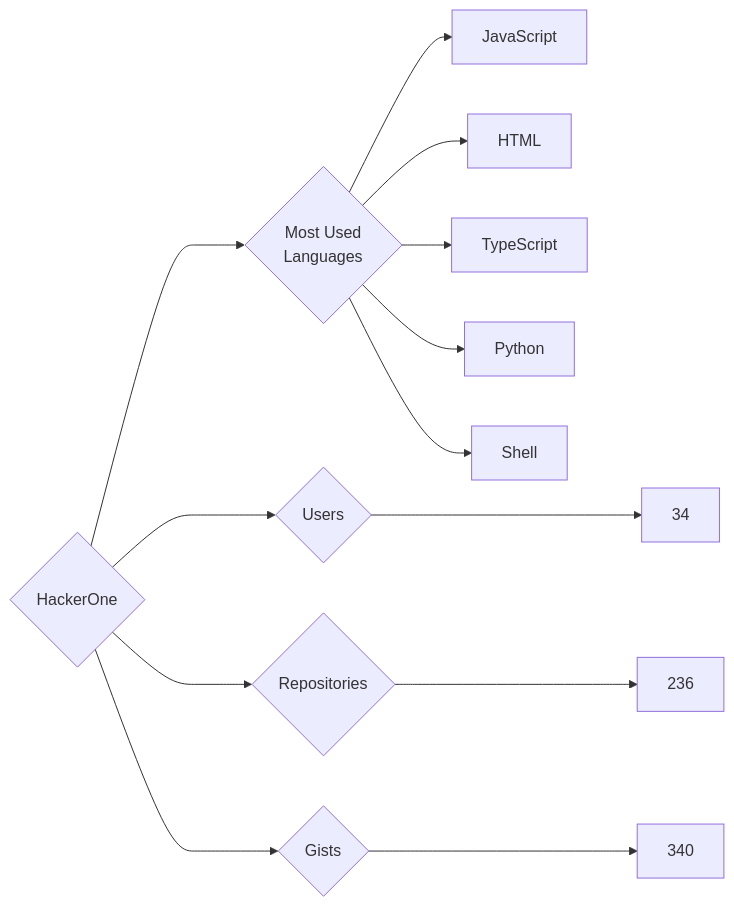
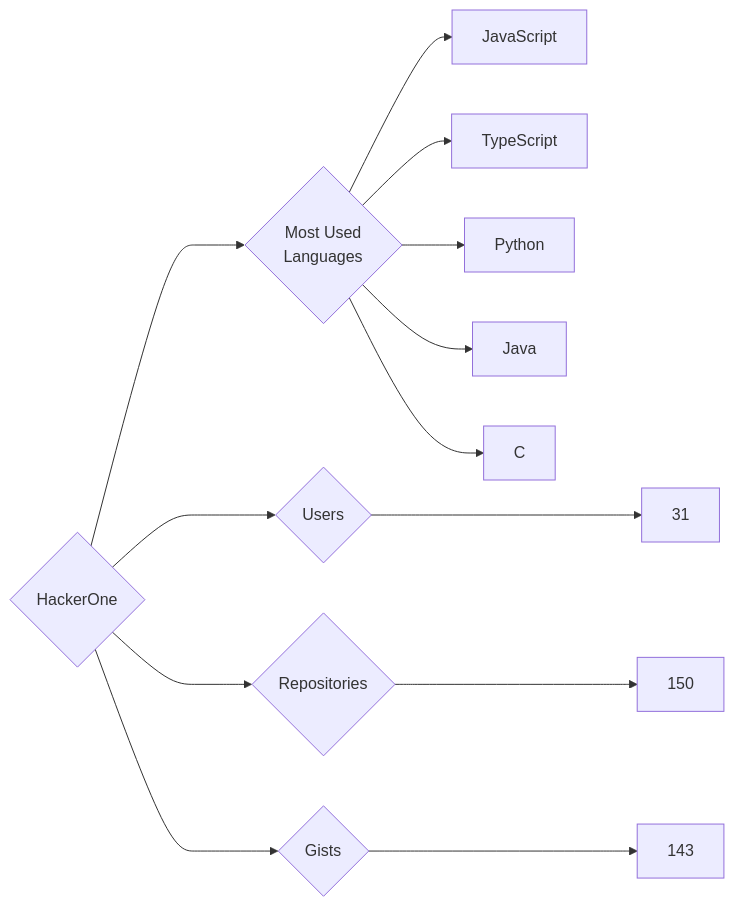
Before and after one commit to trickest/insiders: the diagram in targets/HackerOne/README.md, drawn with Mermaid. The commit also changed 715 other files, not shown here.

````diff
--- a/targets/HackerOne/README.md
+++ b/targets/HackerOne/README.md
@@ -3,13 +3,13 @@
 ```mermaid
 graph LR
 COMPANY_NAME{HackerOne}
-COMPANY_NAME ---> U{Users} ---> UN[34]
-COMPANY_NAME ---> R{Repositories} ---> RN[236]
-COMPANY_NAME ---> G{Gists} ---> GN[340]
+COMPANY_NAME ---> U{Users} ---> UN[31]
+COMPANY_NAME ---> R{Repositories} ---> RN[150]
+COMPANY_NAME ---> G{Gists} ---> GN[143]
 COMPANY_NAME ---> ML{Most Used<br>Languages}
 ML --> JavaScript[JavaScript]
-ML --> HTML[HTML]
 ML --> TypeScript[TypeScript]
 ML --> Python[Python]
-ML --> Shell[Shell]
+ML --> Java[Java]
+ML --> C[C]
 ```
````
